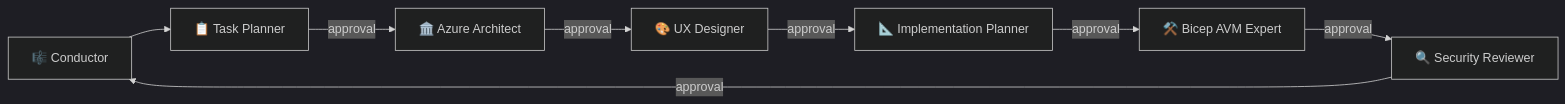
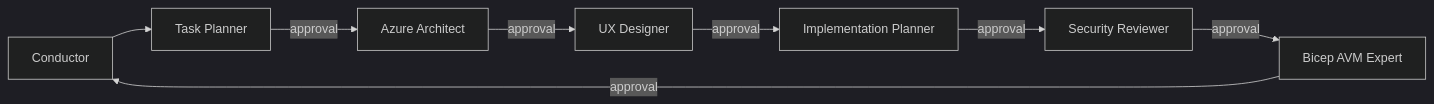
Before and after one commit to jonathan-vella/hacker-board: the second of 2 diagrams in docs/agents-and-skills.md, drawn with Mermaid (dark theme). The commit also changed other lines of this file and 90 other files, not shown here.

````diff
--- a/docs/agents-and-skills.md
+++ b/docs/agents-and-skills.md
@@ -60,10 +104,10 @@
 ```mermaid
 graph LR
-    C[🎼 Conductor] --> TP[📋 Task Planner]
-    TP -->|approval| AA[🏛️ Azure Architect]
-    AA -->|approval| UX[🎨 UX Designer]
-    UX -->|approval| IP[📐 Implementation Planner]
-    IP -->|approval| BA[⚒️ Bicep AVM Expert]
-    BA -->|approval| SR[🔍 Security Reviewer]
-    SR -->|approval| C
+    C[Conductor] --> TP[Task Planner]
+    TP -->|approval| AA[Azure Architect]
+    AA -->|approval| UX[UX Designer]
+    UX -->|approval| IP[Implementation Planner]
+    IP -->|approval| SR[Security Reviewer]
+    SR -->|approval| BA[Bicep AVM Expert]
+    BA -->|approval| C
 ```
````
